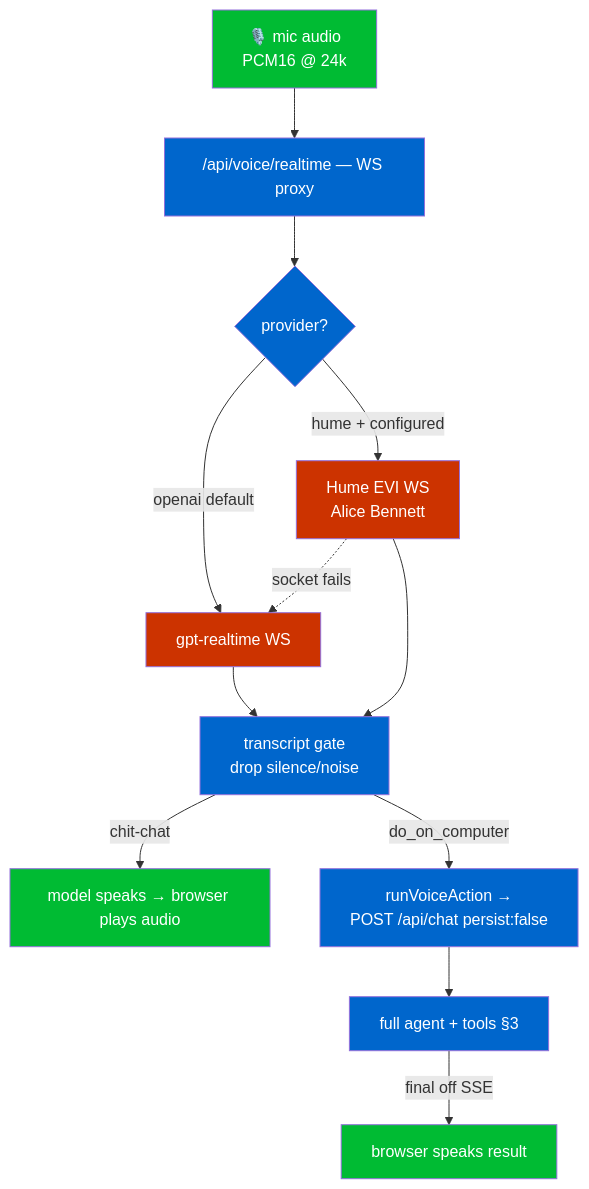
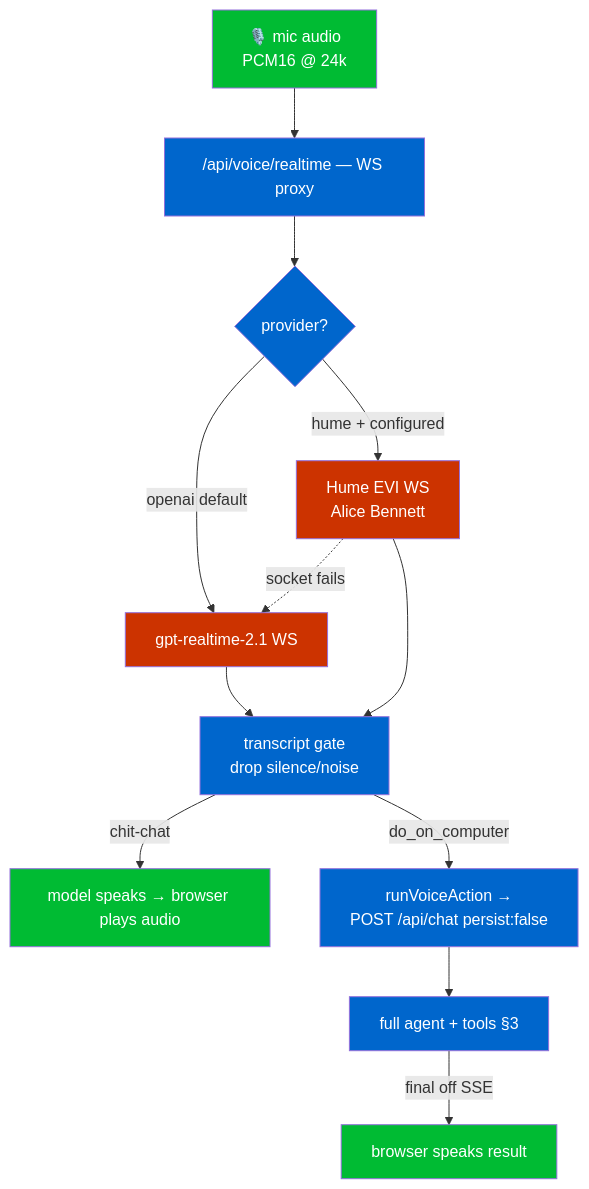
The sixth of 8 diagrams in docs/ARCHITECTURE.md (NikoloziGagua/AVA), drawn with Mermaid before and after one commit. The commit also changed other lines of this file and 8 other files, not shown here.

First line of the commit message:
docs: architecture, capabilities and a full improvement roadmap

````diff
--- a/docs/ARCHITECTURE.md
+++ b/docs/ARCHITECTURE.md
@@ -310,19 +310,19 @@
 ```mermaid
 flowchart TB
   mic[🎙️ mic audio<br/>PCM16 @ 24k]:::client
   proxy["/api/voice/realtime — WS proxy"]:::server
   mic --> proxy
   proxy --> branch{provider?}:::server
-  branch -->|openai default| oai[gpt-realtime WS]:::paid
+  branch -->|openai default| oai[gpt-realtime-2.1 WS]:::paid
   branch -->|hume + configured| hume[Hume EVI WS<br/>Alice Bennett]:::paid
   hume -. socket fails .-> oai
   oai --> gate[transcript gate<br/>drop silence/noise]:::server
   hume --> gate
   gate -->|chit-chat| speak[model speaks → browser plays audio]:::client
   gate -->|do_on_computer| handoff[runVoiceAction →<br/>POST /api/chat persist:false]:::server
   handoff --> agent[full agent + tools §3]:::server
   agent -->|final off SSE| tts[browser speaks result]:::client
   classDef client fill:#0b3,color:#fff
   classDef server fill:#06c,color:#fff
   classDef paid fill:#c30,color:#fff
 ```
````
